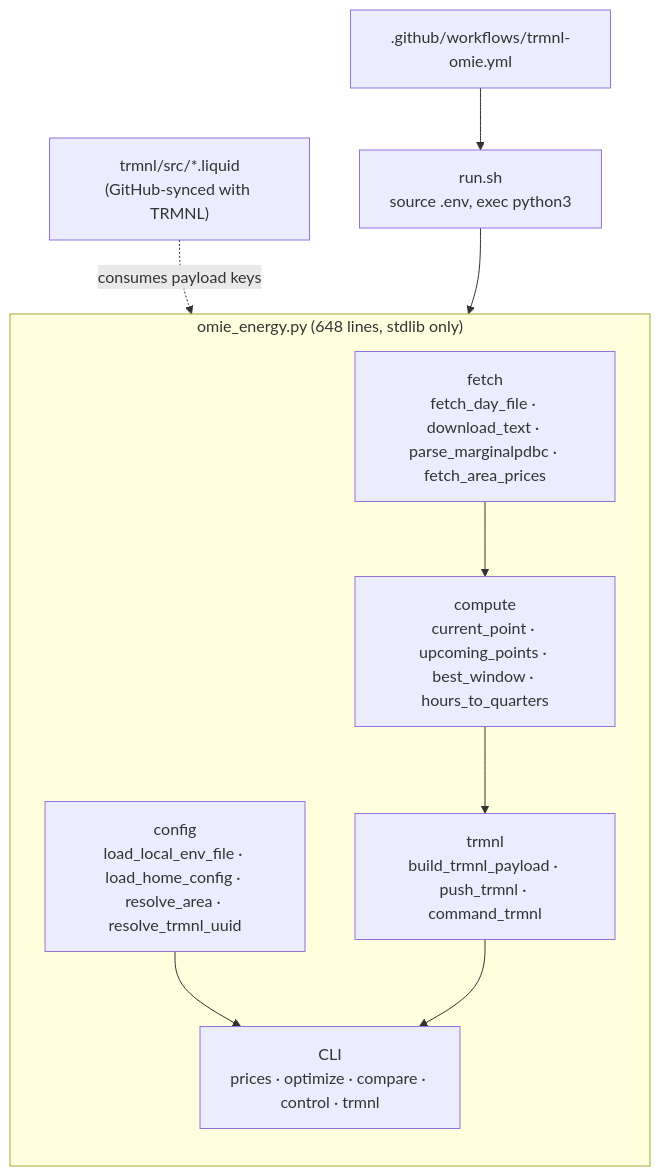
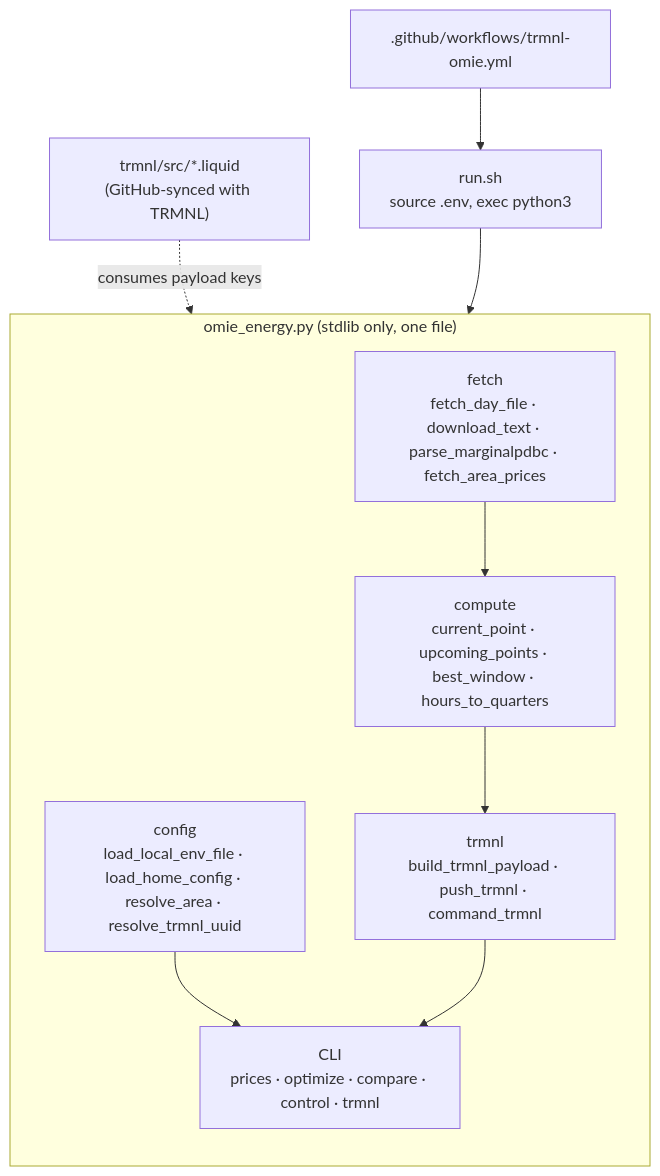
The fourth of 6 diagrams in README.md (pmagnomuller/trmnl-omie), drawn with Mermaid before and after one commit. The commit also changed other lines of this file and 6 other files, not shown here.

````diff
--- a/README.md
+++ b/README.md
@@ -129,17 +130,17 @@
 ```mermaid
 flowchart TB
-    subgraph script["omie_energy.py (648 lines, stdlib only)"]
+    subgraph script["omie_energy.py (stdlib only, one file)"]
         direction TB
         cfg["config<br/>load_local_env_file · load_home_config · resolve_area · resolve_trmnl_uuid"]
         fetch["fetch<br/>fetch_day_file · download_text · parse_marginalpdbc · fetch_area_prices"]
         calc["compute<br/>current_point · upcoming_points · best_window · hours_to_quarters"]
         payload["trmnl<br/>build_trmnl_payload · push_trmnl · command_trmnl"]
         cli["CLI<br/>prices · optimize · compare · control · trmnl"]
         cfg --> cli
         fetch --> calc --> payload --> cli
     end
 
     run["run.sh<br/>source .env, exec python3"] --> script
     wf[".github/workflows/trmnl-omie.yml"] --> run
     liquid["trmnl/src/*.liquid<br/>(GitHub-synced with TRMNL)"] -. "consumes payload keys" .-> payload
 ```
````
